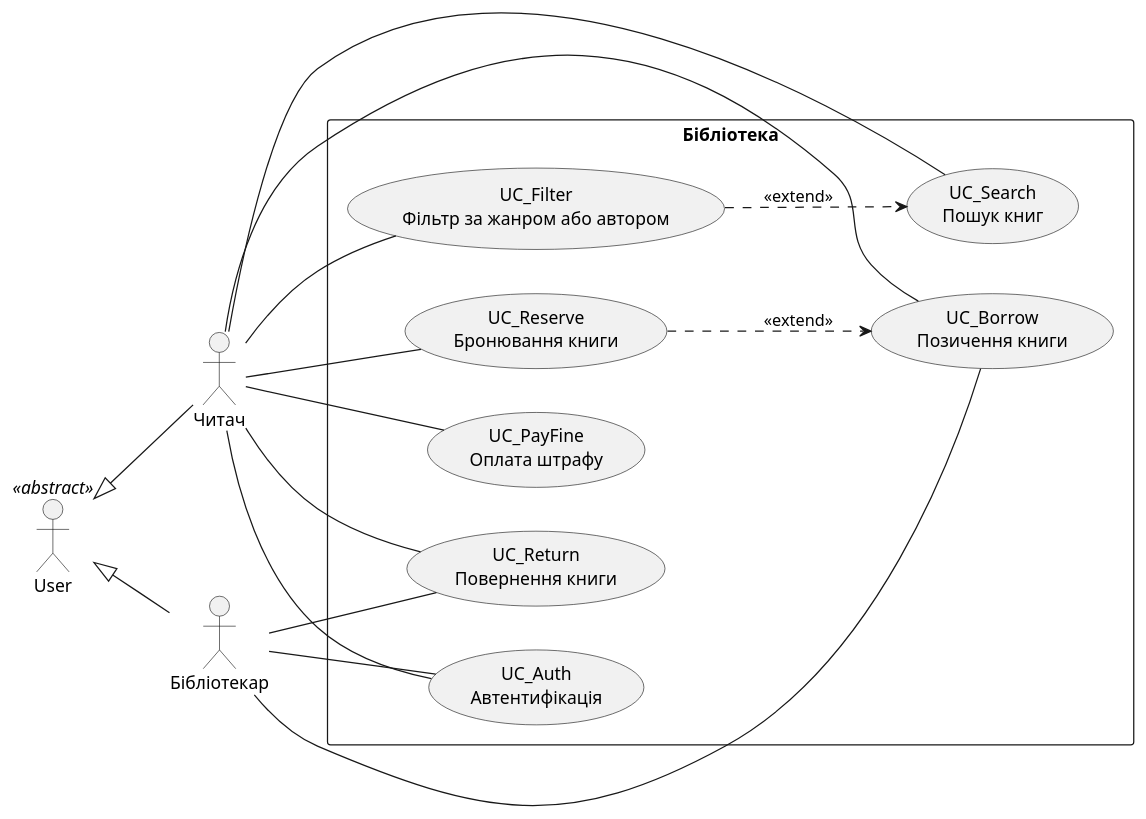
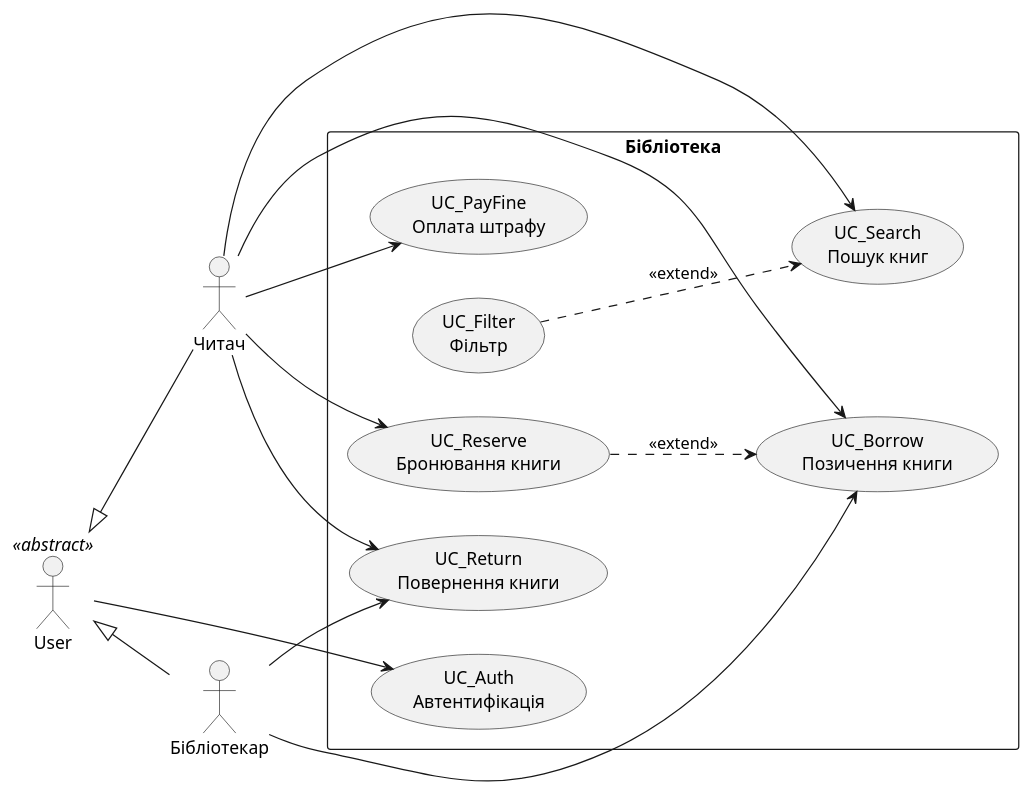
The diagram in task-2/usecase.puml (veronikapaschenkor29-png/Library-Modeling-and-Analysis-of-Software-Requirements), drawn with PlantUML before and after one commit.

Commit message:
docs(task-2): usecase.puml - shared Auth via User, fewer links
Спільний прецедент UC_Auth прив'язано до абстрактного User (за схемою Теми 6); зайві зв'язки Reader--Filter, Reader--Auth та Librarian--Auth прибрано.

```diff
--- a/task-2/usecase.puml
+++ b/task-2/usecase.puml
@@ -1,35 +1,33 @@
 @startuml use-case
 left to right direction
 skinparam packageStyle rectangle
 
 actor "User" as User <<abstract>>
 actor "Читач" as Reader
 actor "Бібліотекар" as Librarian
 
 User <|-- Reader
 User <|-- Librarian
 
 rectangle "Бібліотека" {
   usecase "UC_Auth\nАвтентифікація" as Auth
   usecase "UC_Search\nПошук книг" as Search
-  usecase "UC_Filter\nФільтр за жанром або автором" as Filter
+  usecase "UC_Filter\nФільтр" as Filter
   usecase "UC_Borrow\nПозичення книги" as Borrow
   usecase "UC_Reserve\nБронювання книги" as Reserve
   usecase "UC_Return\nПовернення книги" as Return
   usecase "UC_PayFine\nОплата штрафу" as PayFine
 }
 
-Reader -- Auth
-Reader -- Search
-Reader -- Filter
-Reader -- Borrow
-Reader -- Reserve
-Reader -- Return
-Reader -- PayFine
-Librarian -- Auth
-Librarian -- Borrow
-Librarian -- Return
+User --> Auth
+Reader --> Search
+Reader --> Borrow
+Reader --> Reserve
+Reader --> Return
+Reader --> PayFine
+Librarian --> Borrow
+Librarian --> Return
 
 Filter ..> Search : <<extend>>
 Reserve ..> Borrow : <<extend>>
 @enduml
```
